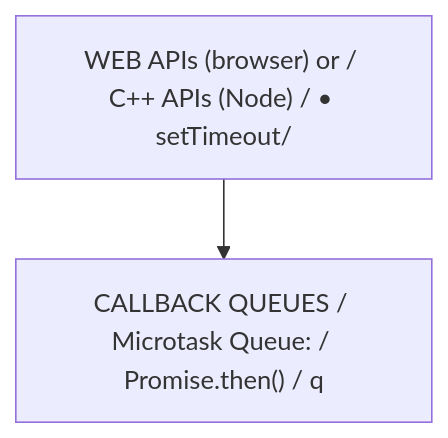
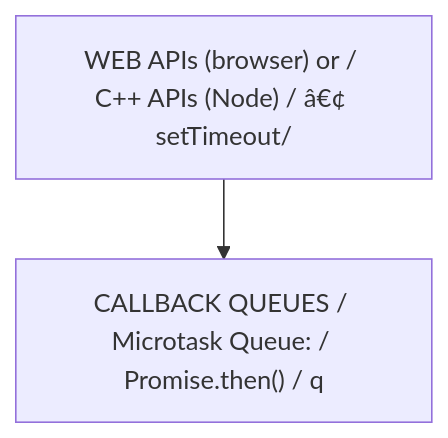
One commit to SaiHarsha502vvit/Daily-Prep changed the first of 7 diagrams in 16_JavaScript/04_JS_Async_Promises.md. Above: the diagram before and after it, drawn with Mermaid. The commit also changed other lines of this file and 256 other files, not shown here.

````diff
--- a/16_JavaScript/04_JS_Async_Promises.md
+++ b/16_JavaScript/04_JS_Async_Promises.md
@@ -85,6 +85,6 @@
 ```mermaid
 flowchart TD
-    N2["WEB APIs (browser) or / C++ APIs (Node) / • setTimeout/"]
+    N2["WEB APIs (browser) or / C++ APIs (Node) / â€¢ setTimeout/"]
     N3["CALLBACK QUEUES / Microtask Queue: / Promise.then() / q"]
     N2 --> N3
 ```
````
